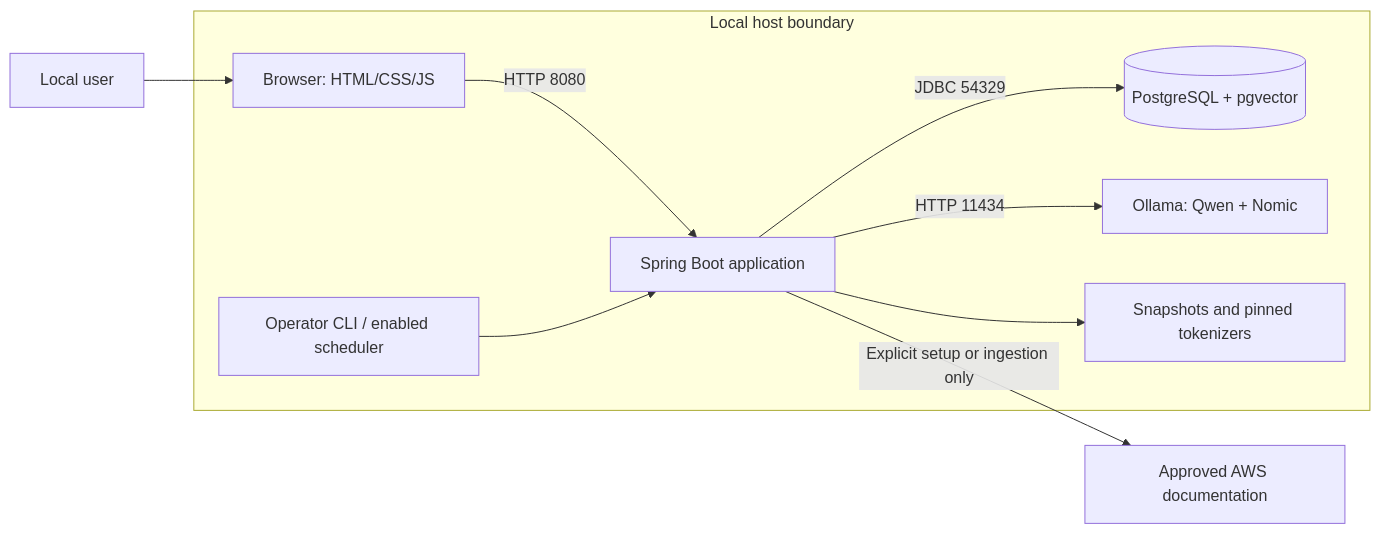
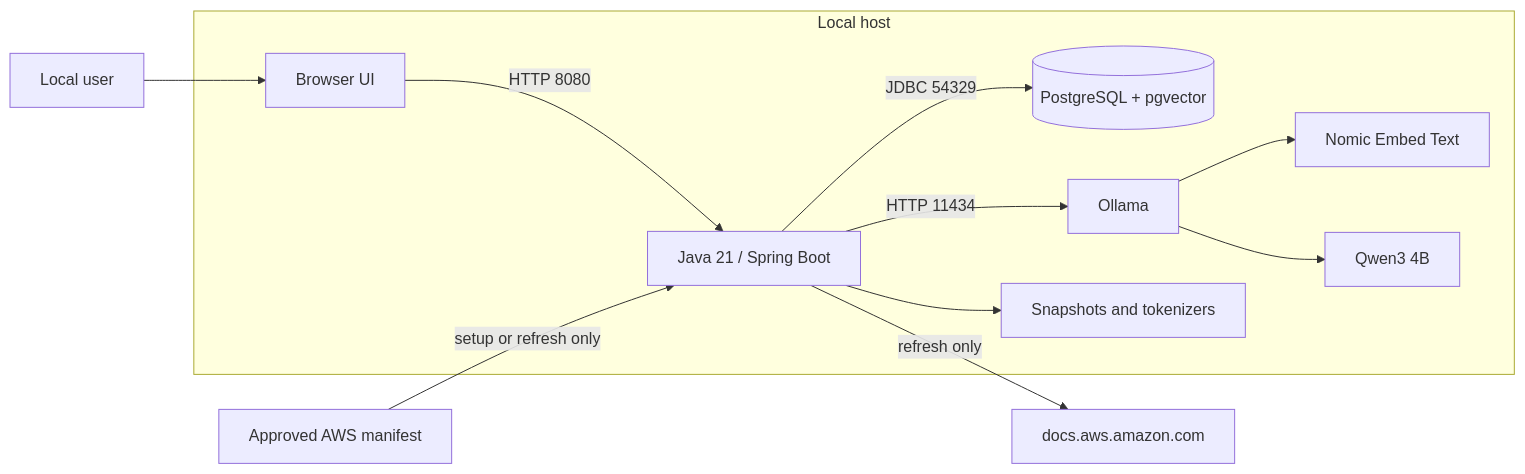
Before and after one commit to arpanc7/aws-tech-support-agent: the first of 4 diagrams in docs/design.md, drawn with Mermaid. The commit also changed other lines of this file and 34 other files, not shown here.

````diff
--- a/docs/design.md
+++ b/docs/design.md
@@ -11,12 +9,14 @@
 ```mermaid
 flowchart LR
-    User[Local user] --> Browser[Browser: HTML/CSS/JS]
-    subgraph Host[Local host boundary]
-        Browser -->|HTTP 8080| API[Spring Boot application]
+    User[Local user] --> Browser[Browser UI]
+    subgraph Host[Local host]
+        Browser -->|HTTP 8080| API[Java 21 / Spring Boot]
         API -->|JDBC 54329| DB[(PostgreSQL + pgvector)]
-        API -->|HTTP 11434| Ollama[Ollama: Qwen + Nomic]
-        API --> Files[Snapshots and pinned tokenizers]
-        Operator[Operator CLI / enabled scheduler] --> API
+        API -->|HTTP 11434| Ollama[Ollama]
+        Ollama --> Nomic[Nomic Embed Text]
+        Ollama --> Qwen[Qwen3 4B]
+        API --> Files[Snapshots and tokenizers]
     end
-    API -->|Explicit setup or ingestion only| AWS[Approved AWS documentation]
+    Manifest[Approved AWS manifest] -->|setup or refresh only| API
+    API -->|refresh only| AWS[docs.aws.amazon.com]
 ```
````
